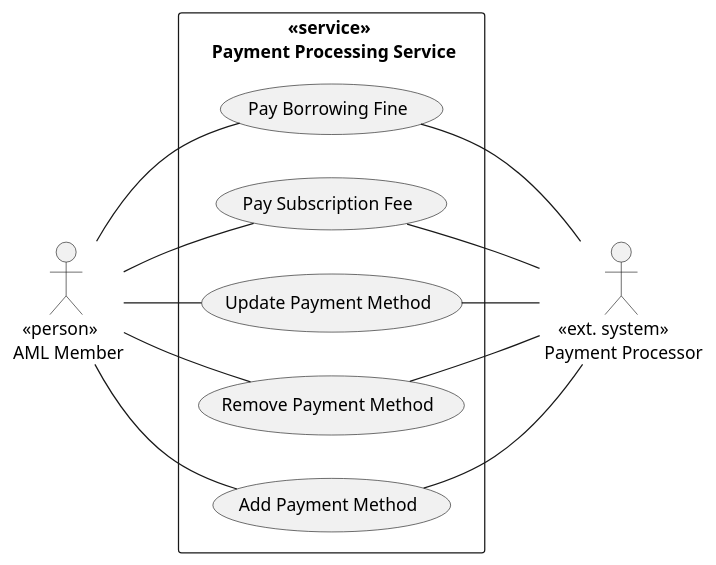
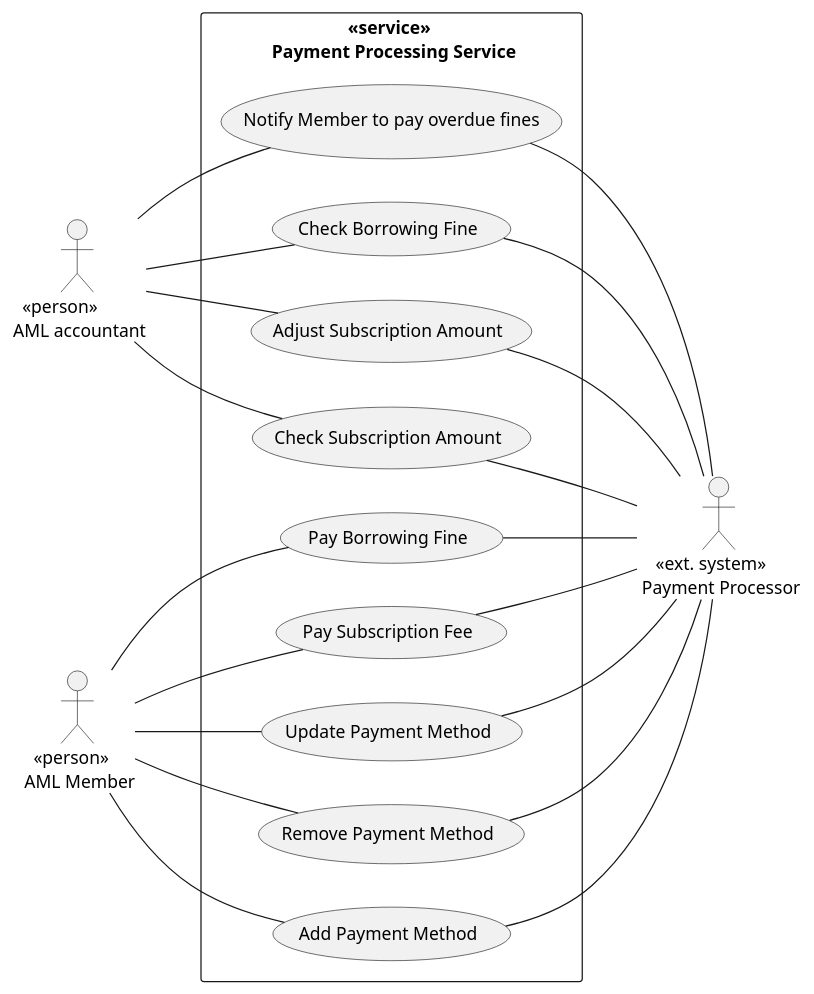
The diagram in documentation/use-cases/payment-processing/payment-processing.puml (Nox-iv/group-11), drawn with PlantUML before and after one commit. The commit also changed 2 other files, not shown here.

Commit message:
payment sequence 1 and 2

```diff
--- a/documentation/use-cases/payment-processing/payment-processing.puml
+++ b/documentation/use-cases/payment-processing/payment-processing.puml
@@ -1,28 +1,43 @@
 @startuml payment-processing
 
 left to right direction
 
 rectangle "<<service>> \n Payment Processing Service" {
     (Add Payment Method) as add_payment
     (Remove Payment Method) as remove_payment
     (Update Payment Method) as update_payment
     (Pay Subscription Fee) as pay_subscription
     (Pay Borrowing Fine) as pay_fine
+    (Notify Member to pay overdue fines) as notify_member 
+    (Check Borrowing Fine) as check_fine
+    (Adjust Subscription Amount) as subscription_adjusted
+    (Check Subscription Amount) as subscription_received 
 }
 
+:   <<person>> \n AML accountant: as aml_accountant
 :   <<person>> \n AML Member: as aml_member
 :    <<ext. system>> \n Payment Processor: as payment_processor
 
 aml_member -- add_payment
 aml_member -- remove_payment
 aml_member -- update_payment
 aml_member -- pay_subscription
 aml_member -- pay_fine
 
+aml_accountant -- subscription_received
+aml_accountant -- subscription_adjusted
+aml_accountant -- check_fine
+aml_accountant -- notify_member
+
 payment_processor -u- add_payment
 payment_processor -u- remove_payment
 payment_processor -u- update_payment
 payment_processor -u- pay_subscription
 payment_processor -u- pay_fine
 
+payment_processor -u- subscription_received
+payment_processor -u- subscription_adjusted
+payment_processor -u- check_fine
+payment_processor -u- notify_member
+
 @enduml
```
